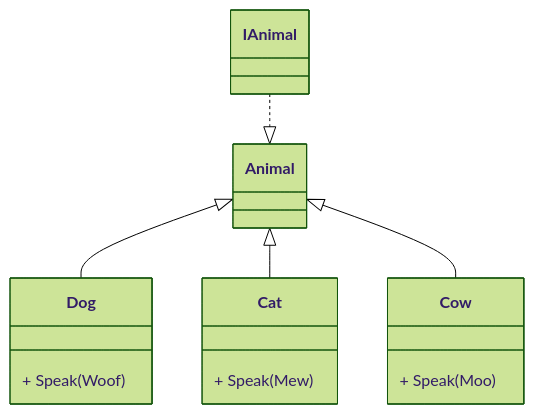
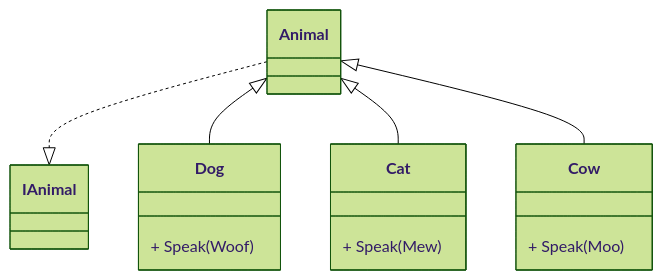
One commit to TGabinW/CW6 changed the diagram in README.md. Above: the diagram before and after it, drawn with Mermaid (forest theme).

````diff
--- a/README.md
+++ b/README.md
@@ -3,16 +3,16 @@
 ```mermaid
 classDiagram
-    IAnimal..|>Animal
+    Animal..|>IAnimal
     Animal <|-- Dog
     Animal <|-- Cat
     Animal <|-- Cow
     class Dog{
         +  Speak(Woof)
     }
     class Cat{
         + Speak(Mew)
     }
     class Cow{
         + Speak(Moo)
     }
 ```
````
